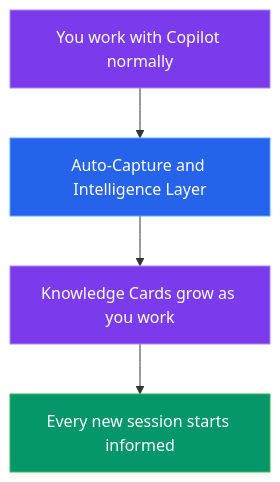
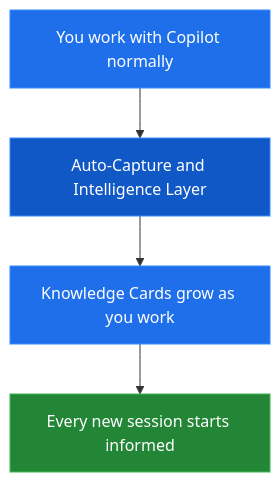
Before and after one commit to GittyHarsha/ContextManager: the diagram in docs/index.md, drawn with Mermaid. The commit also changed other lines of this file and 86 other files, not shown here.

```diff
--- a/docs/index.md
+++ b/docs/index.md
@@ -71,11 +67,11 @@
 <pre class="mermaid">
 graph TD
     A[You work with Copilot normally] --> B[Auto-Capture and Intelligence Layer]
     B --> C[Knowledge Cards grow as you work]
     C --> D[Every new session starts informed]
 
-    style A fill:#7c3aed,stroke:#a78bfa,color:#fff
-    style B fill:#2563eb,stroke:#58a6ff,color:#fff
-    style C fill:#7c3aed,stroke:#a78bfa,color:#fff
-    style D fill:#059669,stroke:#3fb950,color:#fff
+    style A fill:#1f6feb,stroke:#388bfd,color:#fff
+    style B fill:#1158c7,stroke:#388bfd,color:#fff
+    style C fill:#1f6feb,stroke:#388bfd,color:#fff
+    style D fill:#238636,stroke:#3fb950,color:#fff
 </pre>
```
